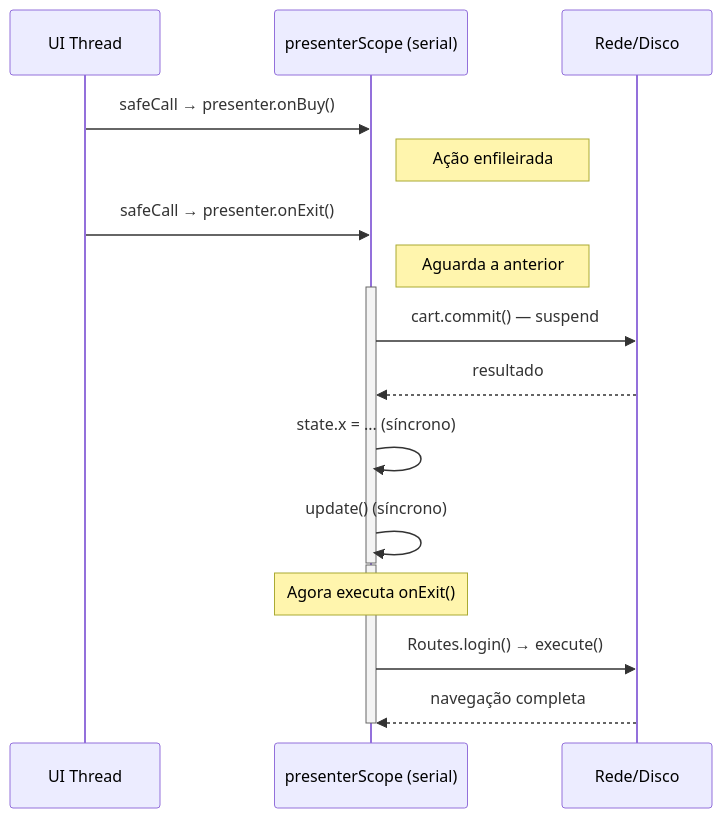
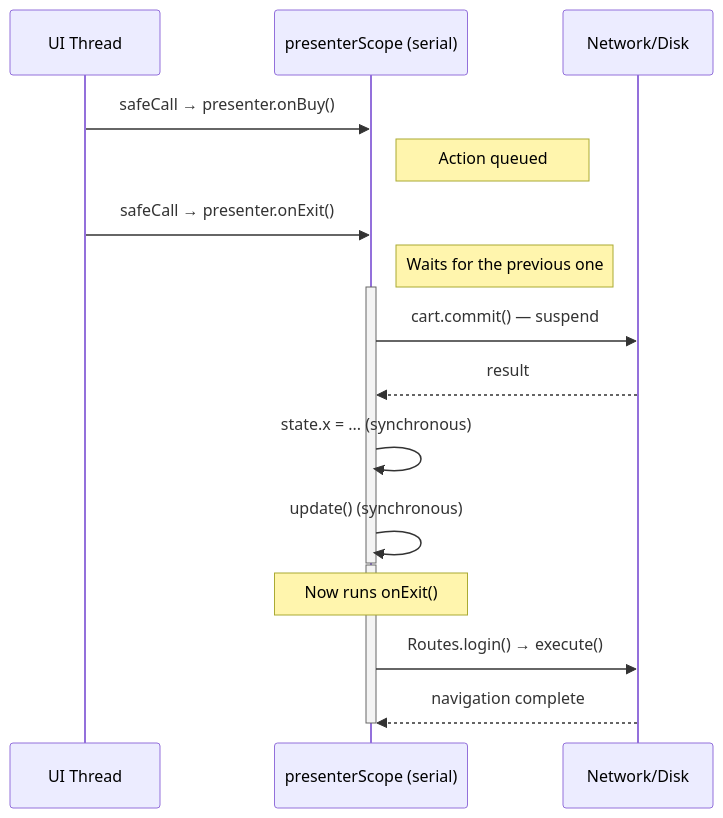
One commit to mrcdom/wdc-cube-kotlin changed diagram 12 of 19 in docs/architecture-cube.md. Above: the diagram before and after it, drawn with Mermaid. The commit also changed other lines of this file and 10 other files, not shown here.

First line of the commit message:
docs: architecture docs and top-level READMEs in US English

````diff
--- a/docs/architecture-cube.md
+++ b/docs/architecture-cube.md
@@ -613,25 +613,25 @@
 ```mermaid
 sequenceDiagram
     participant UI as UI Thread
     participant Q as presenterScope (serial)
-    participant IO as Rede/Disco
+    participant IO as Network/Disk
 
     UI->>Q: safeCall → presenter.onBuy()
-    Note right of Q: Ação enfileirada
+    Note right of Q: Action queued
 
     UI->>Q: safeCall → presenter.onExit()
-    Note right of Q: Aguarda a anterior
+    Note right of Q: Waits for the previous one
 
     activate Q
     Q->>IO: cart.commit() — suspend
-    IO-->>Q: resultado
-    Q->>Q: state.x = ... (síncrono)
-    Q->>Q: update() (síncrono)
+    IO-->>Q: result
+    Q->>Q: state.x = ... (synchronous)
+    Q->>Q: update() (synchronous)
     deactivate Q
 
     activate Q
-    Note over Q: Agora executa onExit()
+    Note over Q: Now runs onExit()
     Q->>IO: Routes.login() → execute()
-    IO-->>Q: navegação completa
+    IO-->>Q: navigation complete
     deactivate Q
 ```
````
